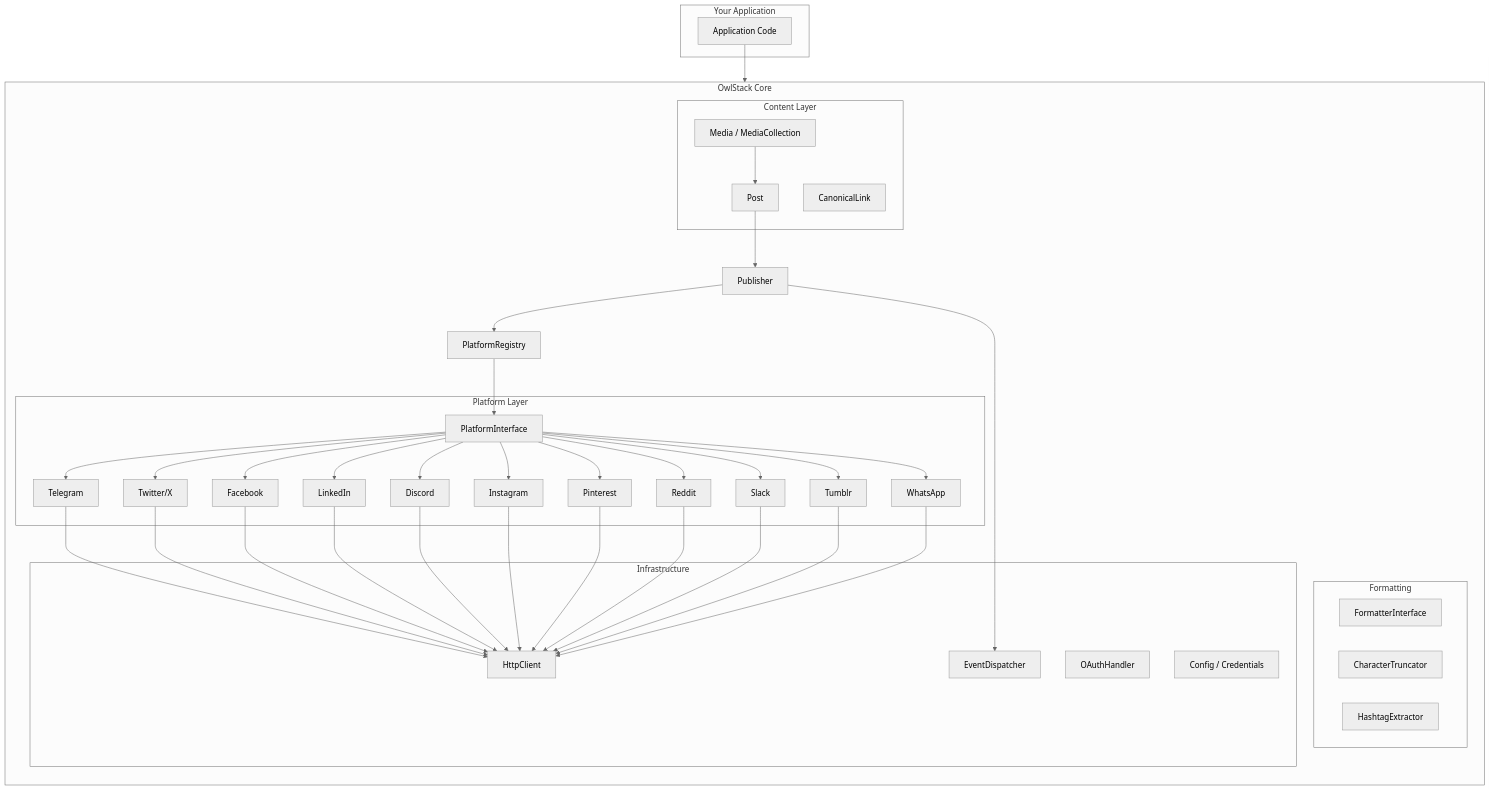
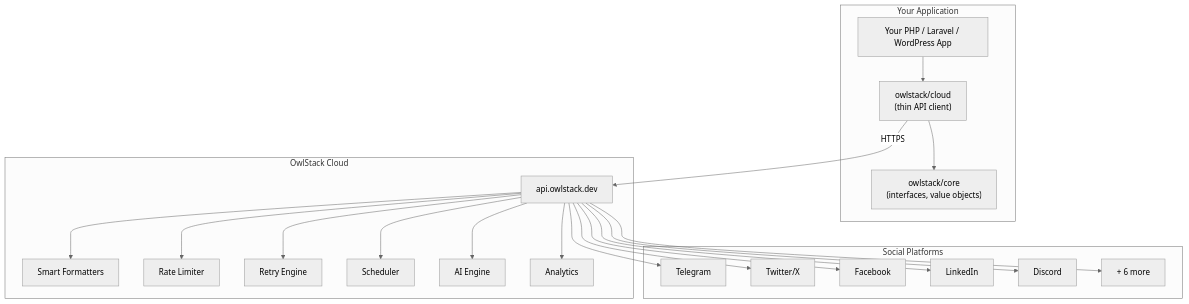
Before and after one commit to owlstacks/owlstack-docs: the first of 2 diagrams in docs/introduction/architecture.md, drawn with Mermaid (neutral theme). The commit also changed other lines of this file and 5 other files, not shown here.

First line of the commit message:
docs: rewrite introduction for SaaS-first architecture

````diff
--- a/docs/introduction/architecture.md
+++ b/docs/introduction/architecture.md
@@ -36,55 +13,43 @@
 ```mermaid
 graph TB
     subgraph "Your Application"
-        APP[Application Code]
+        APP[Your PHP / Laravel / WordPress App]
+        SDK["owlstack/cloud<br/>(thin API client)"]
+        CORE["owlstack/core<br/>(interfaces, value objects)"]
     end
 
-    subgraph "OwlStack Core"
-        direction TB
-        PUB[Publisher]
-        REG[PlatformRegistry]
-
-        subgraph "Content Layer"
-            POST[Post]
-            MEDIA[Media / MediaCollection]
-            CLINK[CanonicalLink]
-        end
-
-        subgraph "Platform Layer"
-            PI[PlatformInterface]
-            TG[Telegram]
-            TW[Twitter/X]
-            FB[Facebook]
-            LI[LinkedIn]
-            DC[Discord]
-            IG[Instagram]
-            PT[Pinterest]
-            RD[Reddit]
-            SL[Slack]
-            TB[Tumblr]
-            WA[WhatsApp]
-        end
-
-        subgraph "Formatting"
-            FI[FormatterInterface]
-            CT[CharacterTruncator]
-            HE[HashtagExtractor]
-        end
-
-        subgraph "Infrastructure"
-            HTTP[HttpClient]
-            AUTH[OAuthHandler]
-            EVT[EventDispatcher]
-            CFG[Config / Credentials]
-        end
+    subgraph "OwlStack Cloud"
+        API["api.owlstack.dev"]
+        FMT[Smart Formatters]
+        RATE[Rate Limiter]
+        RETRY[Retry Engine]
+        SCHED[Scheduler]
+        AI_ENGINE[AI Engine]
+        ANALYTICS[Analytics]
     end
 
-    APP --> PUB
-    PUB --> REG
-    REG --> PI
-    PI --> TG & TW & FB & LI & DC & IG & PT & RD & SL & TB & WA
-    PUB --> EVT
-    TG & TW & FB & LI & DC & IG & PT & RD & SL & TB & WA --> HTTP
-    POST --> PUB
-    MEDIA --> POST
+    subgraph "Social Platforms"
+        TG[Telegram]
+        TW[Twitter/X]
+        FB[Facebook]
+        LI[LinkedIn]
+        DC[Discord]
+        MORE[+ 6 more]
+    end
+
+    APP --> SDK
+    SDK --> CORE
+    SDK -->|HTTPS| API
+    API --> FMT
+    API --> RATE
+    API --> RETRY
+    API --> SCHED
+    API --> AI_ENGINE
+    API --> ANALYTICS
+    API --> TG
+    API --> TW
+    API --> FB
+    API --> LI
+    API --> DC
+    API --> MORE
 ```
````
